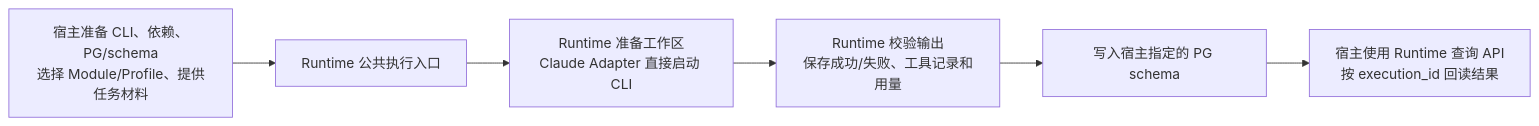
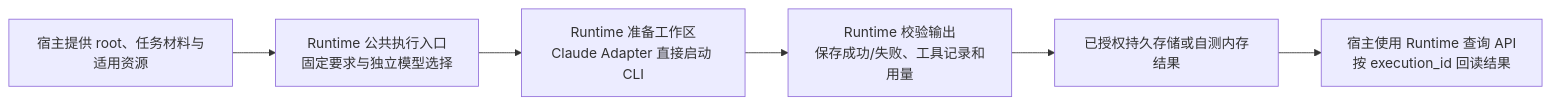
The diagram in docs/agent_runtime_claude_native_tools.md (bobaoai/agent_runtime), drawn with Mermaid before and after one commit. The commit also changed other lines of this file and 29 other files, not shown here.

Commit message:
Generalize module registration and Claude CLI execution

````diff
--- a/docs/agent_runtime_claude_native_tools.md
+++ b/docs/agent_runtime_claude_native_tools.md
@@ -30,8 +29,8 @@
 ```mermaid
 flowchart LR
-    H["宿主准备 CLI、依赖、PG/schema<br/>选择 Module/Profile、提供任务材料"] --> E["Runtime 公共执行入口"]
+    H["宿主提供 root、任务材料与适用资源"] --> E["Runtime 公共执行入口<br/>固定要求与独立模型选择"]
     E --> A["Runtime 准备工作区<br/>Claude Adapter 直接启动 CLI"]
     A --> R["Runtime 校验输出<br/>保存成功/失败、工具记录和用量"]
-    R --> P["写入宿主指定的 PG schema"]
+    R --> P["已授权持久存储或自测内存结果"]
     P --> Q["宿主使用 Runtime 查询 API<br/>按 execution_id 回读结果"]
 ```
````
